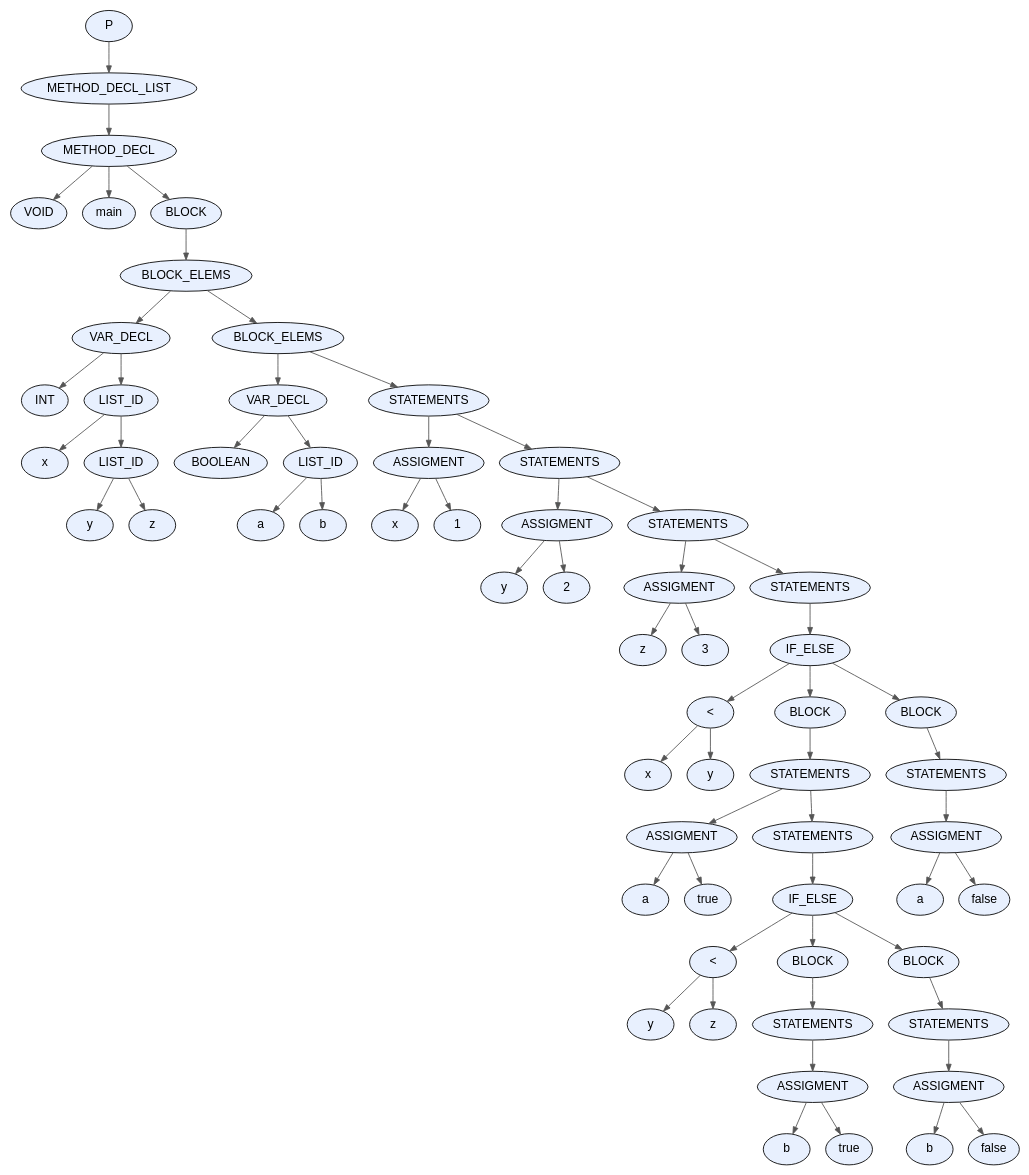
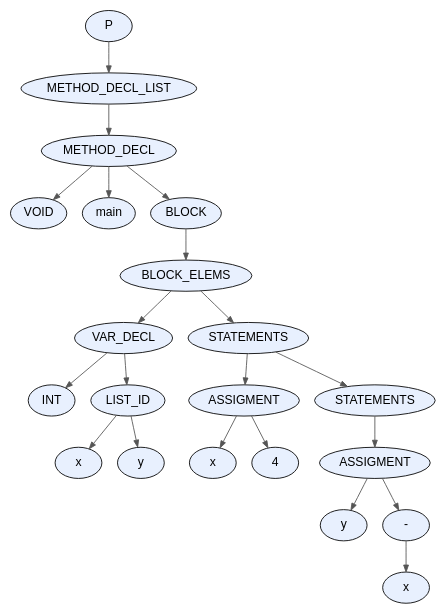
The diagram in proyecto/dot_files/test9.dot (facundo-dario-loser/TDS2026), drawn with Graphviz before and after one commit. The commit also changed 28 other files, not shown here.

```diff
--- a/proyecto/dot_files/test9.dot
+++ b/proyecto/dot_files/test9.dot
@@ -1,127 +1,45 @@
 digraph AST {
   node [fontname="Arial"];
   edge [arrowsize=0.8, color="#555555"];
-  "node_0x6372c9f2b070" [label="P", style=filled, fillcolor="#E8F0FE", shape=ellipse, style="rounded,filled"];
-  "node_0x6372c9f2b070" -> "node_0x6372c9f2b020";
-  "node_0x6372c9f2b020" [label="METHOD_DECL_LIST", style=filled, fillcolor="#E8F0FE", shape=ellipse, style="rounded,filled"];
-  "node_0x6372c9f2b020" -> "node_0x6372c9f2afd0";
-  "node_0x6372c9f2afd0" [label="METHOD_DECL", style=filled, fillcolor="#E8F0FE", shape=ellipse, style="rounded,filled"];
-  "node_0x6372c9f2afd0" -> "node_0x6372c9f2af10";
-  "node_0x6372c9f2af10" [label="VOID", style=filled, fillcolor="#E8F0FE", shape=ellipse, style="rounded,filled"];
-  "node_0x6372c9f2afd0" -> "node_0x6372c9f2af60";
-  "node_0x6372c9f2af60" [label="main", style=filled, fillcolor="#E8F0FE", shape=ellipse, style="rounded,filled"];
-  "node_0x6372c9f2afd0" -> "node_0x6372c9f2aec0";
-  "node_0x6372c9f2aec0" [label="BLOCK", style=filled, fillcolor="#E8F0FE", shape=ellipse, style="rounded,filled"];
-  "node_0x6372c9f2aec0" -> "node_0x6372c9f2ae70";
-  "node_0x6372c9f2ae70" [label="BLOCK_ELEMS", style=filled, fillcolor="#E8F0FE", shape=ellipse, style="rounded,filled"];
-  "node_0x6372c9f2ae70" -> "node_0x6372c9f29be0";
-  "node_0x6372c9f29be0" [label="VAR_DECL", style=filled, fillcolor="#E8F0FE", shape=ellipse, style="rounded,filled"];
-  "node_0x6372c9f29be0" -> "node_0x6372c9f29940";
-  "node_0x6372c9f29940" [label="INT", style=filled, fillcolor="#E8F0FE", shape=ellipse, style="rounded,filled"];
-  "node_0x6372c9f29be0" -> "node_0x6372c9f29b90";
-  "node_0x6372c9f29b90" [label="LIST_ID", style=filled, fillcolor="#E8F0FE", shape=ellipse, style="rounded,filled"];
-  "node_0x6372c9f29b90" -> "node_0x6372c9f29b20";
-  "node_0x6372c9f29b20" [label="x", style=filled, fillcolor="#E8F0FE", shape=ellipse, style="rounded,filled"];
-  "node_0x6372c9f29b90" -> "node_0x6372c9f29ad0";
-  "node_0x6372c9f29ad0" [label="LIST_ID", style=filled, fillcolor="#E8F0FE", shape=ellipse, style="rounded,filled"];
-  "node_0x6372c9f29ad0" -> "node_0x6372c9f29a60";
-  "node_0x6372c9f29a60" [label="y", style=filled, fillcolor="#E8F0FE", shape=ellipse, style="rounded,filled"];
-  "node_0x6372c9f29ad0" -> "node_0x6372c9f299f0";
-  "node_0x6372c9f299f0" [label="z", style=filled, fillcolor="#E8F0FE", shape=ellipse, style="rounded,filled"];
-  "node_0x6372c9f2ae70" -> "node_0x6372c9f2ae20";
-  "node_0x6372c9f2ae20" [label="BLOCK_ELEMS", style=filled, fillcolor="#E8F0FE", shape=ellipse, style="rounded,filled"];
-  "node_0x6372c9f2ae20" -> "node_0x6372c9f29df0";
-  "node_0x6372c9f29df0" [label="VAR_DECL", style=filled, fillcolor="#E8F0FE", shape=ellipse, style="rounded,filled"];
-  "node_0x6372c9f29df0" -> "node_0x6372c9f29c30";
-  "node_0x6372c9f29c30" [label="BOOLEAN", style=filled, fillcolor="#E8F0FE", shape=ellipse, style="rounded,filled"];
-  "node_0x6372c9f29df0" -> "node_0x6372c9f29da0";
-  "node_0x6372c9f29da0" [label="LIST_ID", style=filled, fillcolor="#E8F0FE", shape=ellipse, style="rounded,filled"];
-  "node_0x6372c9f29da0" -> "node_0x6372c9f29d30";
-  "node_0x6372c9f29d30" [label="a", style=filled, fillcolor="#E8F0FE", shape=ellipse, style="rounded,filled"];
-  "node_0x6372c9f29da0" -> "node_0x6372c9f29cc0";
-  "node_0x6372c9f29cc0" [label="b", style=filled, fillcolor="#E8F0FE", shape=ellipse, style="rounded,filled"];
-  "node_0x6372c9f2ae20" -> "node_0x6372c9f2add0";
-  "node_0x6372c9f2add0" [label="STATEMENTS", style=filled, fillcolor="#E8F0FE", shape=ellipse, style="rounded,filled"];
-  "node_0x6372c9f2add0" -> "node_0x6372c9f29f20";
-  "node_0x6372c9f29f20" [label="ASSIGMENT", style=filled, fillcolor="#E8F0FE", shape=ellipse, style="rounded,filled"];
-  "node_0x6372c9f29f20" -> "node_0x6372c9f29eb0";
-  "node_0x6372c9f29eb0" [label="x", style=filled, fillcolor="#E8F0FE", shape=ellipse, style="rounded,filled"];
-  "node_0x6372c9f29f20" -> "node_0x6372c9f29e60";
-  "node_0x6372c9f29e60" [label="1", style=filled, fillcolor="#E8F0FE", shape=ellipse, style="rounded,filled"];
-  "node_0x6372c9f2add0" -> "node_0x6372c9f2ad80";
-  "node_0x6372c9f2ad80" [label="STATEMENTS", style=filled, fillcolor="#E8F0FE", shape=ellipse, style="rounded,filled"];
-  "node_0x6372c9f2ad80" -> "node_0x6372c9f2a050";
-  "node_0x6372c9f2a050" [label="ASSIGMENT", style=filled, fillcolor="#E8F0FE", shape=ellipse, style="rounded,filled"];
-  "node_0x6372c9f2a050" -> "node_0x6372c9f29fe0";
-  "node_0x6372c9f29fe0" [label="y", style=filled, fillcolor="#E8F0FE", shape=ellipse, style="rounded,filled"];
-  "node_0x6372c9f2a050" -> "node_0x6372c9f29f90";
-  "node_0x6372c9f29f90" [label="2", style=filled, fillcolor="#E8F0FE", shape=ellipse, style="rounded,filled"];
-  "node_0x6372c9f2ad80" -> "node_0x6372c9f2ad30";
-  "node_0x6372c9f2ad30" [label="STATEMENTS", style=filled, fillcolor="#E8F0FE", shape=ellipse, style="rounded,filled"];
-  "node_0x6372c9f2ad30" -> "node_0x6372c9f2a180";
-  "node_0x6372c9f2a180" [label="ASSIGMENT", style=filled, fillcolor="#E8F0FE", shape=ellipse, style="rounded,filled"];
-  "node_0x6372c9f2a180" -> "node_0x6372c9f2a110";
-  "node_0x6372c9f2a110" [label="z", style=filled, fillcolor="#E8F0FE", shape=ellipse, style="rounded,filled"];
-  "node_0x6372c9f2a180" -> "node_0x6372c9f2a0c0";
-  "node_0x6372c9f2a0c0" [label="3", style=filled, fillcolor="#E8F0FE", shape=ellipse, style="rounded,filled"];
-  "node_0x6372c9f2ad30" -> "node_0x6372c9f2ace0";
-  "node_0x6372c9f2ace0" [label="STATEMENTS", style=filled, fillcolor="#E8F0FE", shape=ellipse, style="rounded,filled"];
-  "node_0x6372c9f2ace0" -> "node_0x6372c9f2ac90";
-  "node_0x6372c9f2ac90" [label="IF_ELSE", style=filled, fillcolor="#E8F0FE", shape=ellipse, style="rounded,filled"];
-  "node_0x6372c9f2ac90" -> "node_0x6372c9f2a2f0";
-  "node_0x6372c9f2a2f0" [label="<", style=filled, fillcolor="#E8F0FE", shape=ellipse, style="rounded,filled"];
-  "node_0x6372c9f2a2f0" -> "node_0x6372c9f2a1f0";
-  "node_0x6372c9f2a1f0" [label="x", style=filled, fillcolor="#E8F0FE", shape=ellipse, style="rounded,filled"];
-  "node_0x6372c9f2a2f0" -> "node_0x6372c9f2a280";
-  "node_0x6372c9f2a280" [label="y", style=filled, fillcolor="#E8F0FE", shape=ellipse, style="rounded,filled"];
-  "node_0x6372c9f2ac90" -> "node_0x6372c9f2aa70";
-  "node_0x6372c9f2aa70" [label="BLOCK", style=filled, fillcolor="#E8F0FE", shape=ellipse, style="rounded,filled"];
-  "node_0x6372c9f2aa70" -> "node_0x6372c9f2aa20";
-  "node_0x6372c9f2aa20" [label="STATEMENTS", style=filled, fillcolor="#E8F0FE", shape=ellipse, style="rounded,filled"];
-  "node_0x6372c9f2aa20" -> "node_0x6372c9f2a420";
-  "node_0x6372c9f2a420" [label="ASSIGMENT", style=filled, fillcolor="#E8F0FE", shape=ellipse, style="rounded,filled"];
-  "node_0x6372c9f2a420" -> "node_0x6372c9f2a3b0";
-  "node_0x6372c9f2a3b0" [label="a", style=filled, fillcolor="#E8F0FE", shape=ellipse, style="rounded,filled"];
-  "node_0x6372c9f2a420" -> "node_0x6372c9f2a360";
-  "node_0x6372c9f2a360" [label="true", style=filled, fillcolor="#E8F0FE", shape=ellipse, style="rounded,filled"];
-  "node_0x6372c9f2aa20" -> "node_0x6372c9f2a9d0";
-  "node_0x6372c9f2a9d0" [label="STATEMENTS", style=filled, fillcolor="#E8F0FE", shape=ellipse, style="rounded,filled"];
-  "node_0x6372c9f2a9d0" -> "node_0x6372c9f2a980";
-  "node_0x6372c9f2a980" [label="IF_ELSE", style=filled, fillcolor="#E8F0FE", shape=ellipse, style="rounded,filled"];
-  "node_0x6372c9f2a980" -> "node_0x6372c9f2a590";
-  "node_0x6372c9f2a590" [label="<", style=filled, fillcolor="#E8F0FE", shape=ellipse, style="rounded,filled"];
-  "node_0x6372c9f2a590" -> "node_0x6372c9f2a490";
-  "node_0x6372c9f2a490" [label="y", style=filled, fillcolor="#E8F0FE", shape=ellipse, style="rounded,filled"];
-  "node_0x6372c9f2a590" -> "node_0x6372c9f2a520";
-  "node_0x6372c9f2a520" [label="z", style=filled, fillcolor="#E8F0FE", shape=ellipse, style="rounded,filled"];
-  "node_0x6372c9f2a980" -> "node_0x6372c9f2a760";
-  "node_0x6372c9f2a760" [label="BLOCK", style=filled, fillcolor="#E8F0FE", shape=ellipse, style="rounded,filled"];
-  "node_0x6372c9f2a760" -> "node_0x6372c9f2a710";
-  "node_0x6372c9f2a710" [label="STATEMENTS", style=filled, fillcolor="#E8F0FE", shape=ellipse, style="rounded,filled"];
-  "node_0x6372c9f2a710" -> "node_0x6372c9f2a6c0";
-  "node_0x6372c9f2a6c0" [label="ASSIGMENT", style=filled, fillcolor="#E8F0FE", shape=ellipse, style="rounded,filled"];
-  "node_0x6372c9f2a6c0" -> "node_0x6372c9f2a650";
-  "node_0x6372c9f2a650" [label="b", style=filled, fillcolor="#E8F0FE", shape=ellipse, style="rounded,filled"];
-  "node_0x6372c9f2a6c0" -> "node_0x6372c9f2a600";
-  "node_0x6372c9f2a600" [label="true", style=filled, fillcolor="#E8F0FE", shape=ellipse, style="rounded,filled"];
-  "node_0x6372c9f2a980" -> "node_0x6372c9f2a930";
-  "node_0x6372c9f2a930" [label="BLOCK", style=filled, fillcolor="#E8F0FE", shape=ellipse, style="rounded,filled"];
-  "node_0x6372c9f2a930" -> "node_0x6372c9f2a8e0";
-  "node_0x6372c9f2a8e0" [label="STATEMENTS", style=filled, fillcolor="#E8F0FE", shape=ellipse, style="rounded,filled"];
-  "node_0x6372c9f2a8e0" -> "node_0x6372c9f2a890";
-  "node_0x6372c9f2a890" [label="ASSIGMENT", style=filled, fillcolor="#E8F0FE", shape=ellipse, style="rounded,filled"];
-  "node_0x6372c9f2a890" -> "node_0x6372c9f2a820";
-  "node_0x6372c9f2a820" [label="b", style=filled, fillcolor="#E8F0FE", shape=ellipse, style="rounded,filled"];
-  "node_0x6372c9f2a890" -> "node_0x6372c9f2a7d0";
-  "node_0x6372c9f2a7d0" [label="false", style=filled, fillcolor="#E8F0FE", shape=ellipse, style="rounded,filled"];
-  "node_0x6372c9f2ac90" -> "node_0x6372c9f2ac40";
-  "node_0x6372c9f2ac40" [label="BLOCK", style=filled, fillcolor="#E8F0FE", shape=ellipse, style="rounded,filled"];
-  "node_0x6372c9f2ac40" -> "node_0x6372c9f2abf0";
-  "node_0x6372c9f2abf0" [label="STATEMENTS", style=filled, fillcolor="#E8F0FE", shape=ellipse, style="rounded,filled"];
-  "node_0x6372c9f2abf0" -> "node_0x6372c9f2aba0";
-  "node_0x6372c9f2aba0" [label="ASSIGMENT", style=filled, fillcolor="#E8F0FE", shape=ellipse, style="rounded,filled"];
-  "node_0x6372c9f2aba0" -> "node_0x6372c9f2ab30";
-  "node_0x6372c9f2ab30" [label="a", style=filled, fillcolor="#E8F0FE", shape=ellipse, style="rounded,filled"];
-  "node_0x6372c9f2aba0" -> "node_0x6372c9f2aae0";
-  "node_0x6372c9f2aae0" [label="false", style=filled, fillcolor="#E8F0FE", shape=ellipse, style="rounded,filled"];
+  "node_0x57ef7abeb0e0" [label="P", style=filled, fillcolor="#E8F0FE", shape=ellipse, style="rounded,filled"];
+  "node_0x57ef7abeb0e0" -> "node_0x57ef7abeb090";
+  "node_0x57ef7abeb090" [label="METHOD_DECL_LIST", style=filled, fillcolor="#E8F0FE", shape=ellipse, style="rounded,filled"];
+  "node_0x57ef7abeb090" -> "node_0x57ef7abeb040";
+  "node_0x57ef7abeb040" [label="METHOD_DECL", style=filled, fillcolor="#E8F0FE", shape=ellipse, style="rounded,filled"];
+  "node_0x57ef7abeb040" -> "node_0x57ef7abeaf80";
+  "node_0x57ef7abeaf80" [label="VOID", style=filled, fillcolor="#E8F0FE", shape=ellipse, style="rounded,filled"];
+  "node_0x57ef7abeb040" -> "node_0x57ef7abeafd0";
+  "node_0x57ef7abeafd0" [label="main", style=filled, fillcolor="#E8F0FE", shape=ellipse, style="rounded,filled"];
+  "node_0x57ef7abeb040" -> "node_0x57ef7abeaf30";
+  "node_0x57ef7abeaf30" [label="BLOCK", style=filled, fillcolor="#E8F0FE", shape=ellipse, style="rounded,filled"];
+  "node_0x57ef7abeaf30" -> "node_0x57ef7abeaee0";
+  "node_0x57ef7abeaee0" [label="BLOCK_ELEMS", style=filled, fillcolor="#E8F0FE", shape=ellipse, style="rounded,filled"];
+  "node_0x57ef7abeaee0" -> "node_0x57ef7abeab00";
+  "node_0x57ef7abeab00" [label="VAR_DECL", style=filled, fillcolor="#E8F0FE", shape=ellipse, style="rounded,filled"];
+  "node_0x57ef7abeab00" -> "node_0x57ef7abea940";
+  "node_0x57ef7abea940" [label="INT", style=filled, fillcolor="#E8F0FE", shape=ellipse, style="rounded,filled"];
+  "node_0x57ef7abeab00" -> "node_0x57ef7abeaab0";
+  "node_0x57ef7abeaab0" [label="LIST_ID", style=filled, fillcolor="#E8F0FE", shape=ellipse, style="rounded,filled"];
+  "node_0x57ef7abeaab0" -> "node_0x57ef7abeaa40";
+  "node_0x57ef7abeaa40" [label="x", style=filled, fillcolor="#E8F0FE", shape=ellipse, style="rounded,filled"];
+  "node_0x57ef7abeaab0" -> "node_0x57ef7abea9d0";
+  "node_0x57ef7abea9d0" [label="y", style=filled, fillcolor="#E8F0FE", shape=ellipse, style="rounded,filled"];
+  "node_0x57ef7abeaee0" -> "node_0x57ef7abeae90";
+  "node_0x57ef7abeae90" [label="STATEMENTS", style=filled, fillcolor="#E8F0FE", shape=ellipse, style="rounded,filled"];
+  "node_0x57ef7abeae90" -> "node_0x57ef7abeac30";
+  "node_0x57ef7abeac30" [label="ASSIGMENT", style=filled, fillcolor="#E8F0FE", shape=ellipse, style="rounded,filled"];
+  "node_0x57ef7abeac30" -> "node_0x57ef7abeabc0";
+  "node_0x57ef7abeabc0" [label="x", style=filled, fillcolor="#E8F0FE", shape=ellipse, style="rounded,filled"];
+  "node_0x57ef7abeac30" -> "node_0x57ef7abeab70";
+  "node_0x57ef7abeab70" [label="4", style=filled, fillcolor="#E8F0FE", shape=ellipse, style="rounded,filled"];
+  "node_0x57ef7abeae90" -> "node_0x57ef7abeae40";
+  "node_0x57ef7abeae40" [label="STATEMENTS", style=filled, fillcolor="#E8F0FE", shape=ellipse, style="rounded,filled"];
+  "node_0x57ef7abeae40" -> "node_0x57ef7abeadf0";
+  "node_0x57ef7abeadf0" [label="ASSIGMENT", style=filled, fillcolor="#E8F0FE", shape=ellipse, style="rounded,filled"];
+  "node_0x57ef7abeadf0" -> "node_0x57ef7abead80";
+  "node_0x57ef7abead80" [label="y", style=filled, fillcolor="#E8F0FE", shape=ellipse, style="rounded,filled"];
+  "node_0x57ef7abeadf0" -> "node_0x57ef7abead30";
+  "node_0x57ef7abead30" [label="-", style=filled, fillcolor="#E8F0FE", shape=ellipse, style="rounded,filled"];
+  "node_0x57ef7abead30" -> "node_0x57ef7abeacc0";
+  "node_0x57ef7abeacc0" [label="x", style=filled, fillcolor="#E8F0FE", shape=ellipse, style="rounded,filled"];
 }
```
